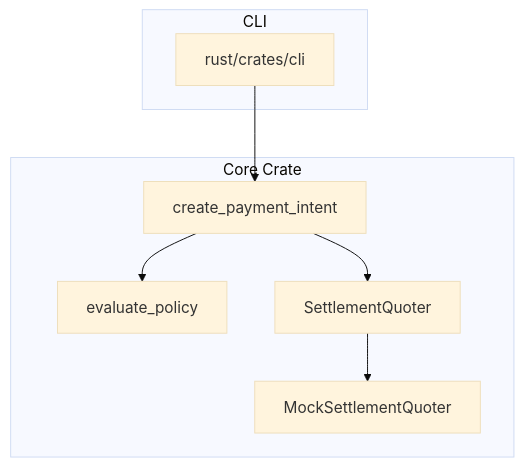
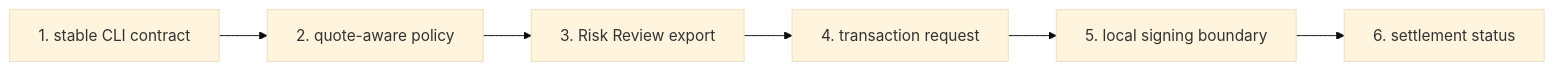
Before and after one commit to SovereignCrush/jup: the fourth of 4 diagrams in docs/cli-technical-design.md, drawn with Mermaid (base theme). The commit also changed other lines of this file and 8 other files, not shown here.

````diff
--- a/docs/cli-technical-design.md
+++ b/docs/cli-technical-design.md
@@ -93,18 +293,11 @@
 ```mermaid
-flowchart TB
-  subgraph CLI
-    A[rust/crates/cli]
-  end
+flowchart LR
+  A["1. stable CLI contract"]
+  B["2. quote-aware policy"]
+  C["3. Risk Review export"]
+  D["4. transaction request"]
+  E["5. local signing boundary"]
+  F["6. settlement status"]
 
-  subgraph Core Crate
-    B[create_payment_intent]
-    C[evaluate_policy]
-    D[SettlementQuoter]
-    E[MockSettlementQuoter]
-  end
-
-  A --> B
-  B --> C
-  B --> D
-  D --> E
+  A --> B --> C --> D --> E --> F
 ```
````
